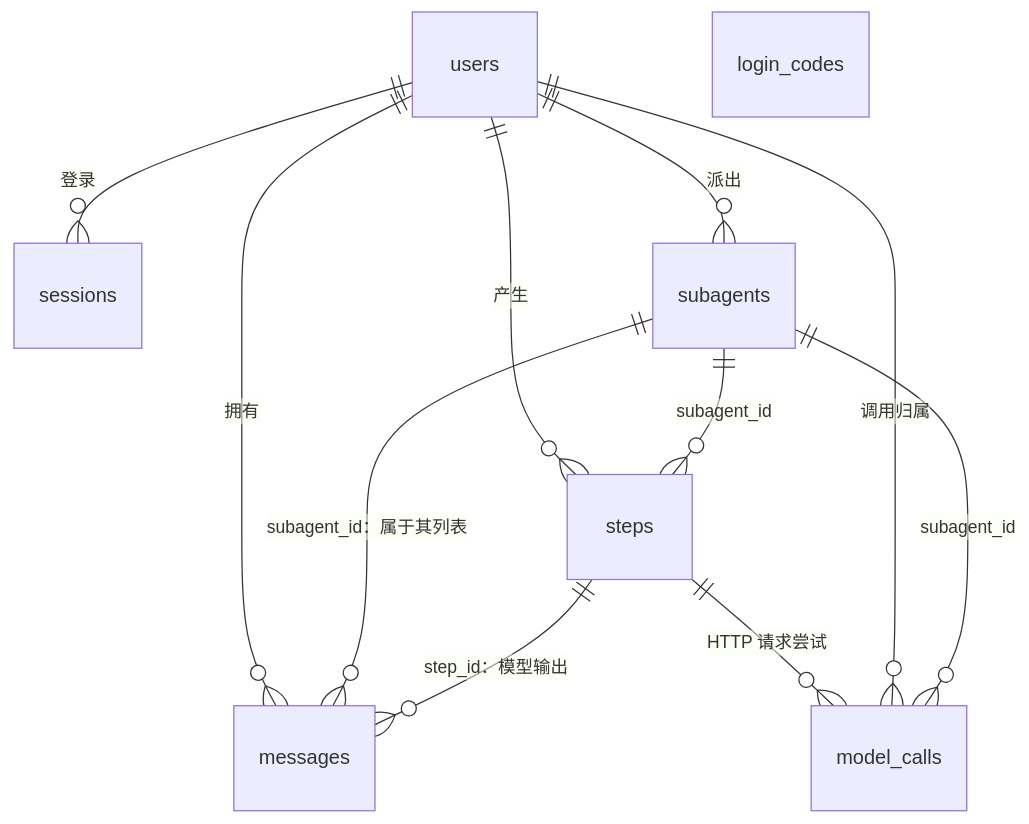
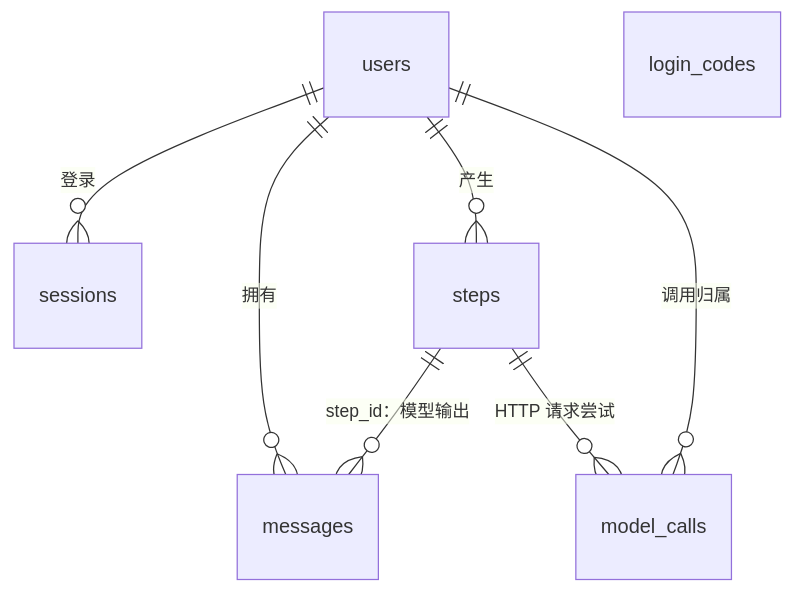
The first of 2 diagrams in docs/wiki/02-data-model.md (OmniNetOpensource/aether-personal), drawn with Mermaid before and after one commit. The commit also changed other lines of this file and 12 other files, not shown here.

````diff
--- a/docs/wiki/02-data-model.md
+++ b/docs/wiki/02-data-model.md
@@ -17,14 +17,10 @@
 ```mermaid
 erDiagram
     users ||--o{ sessions : "登录"
-    users ||--o{ subagents : "派出"
     users ||--o{ messages : "拥有"
     users ||--o{ steps : "产生"
-    subagents ||--o{ messages : "subagent_id：属于其列表"
-    subagents ||--o{ steps : "subagent_id"
     steps ||--o{ model_calls : "HTTP 请求尝试"
     users ||--o{ model_calls : "调用归属"
-    subagents ||--o{ model_calls : "subagent_id"
     steps ||--o{ messages : "step_id：模型输出"
     login_codes
 ```
````
